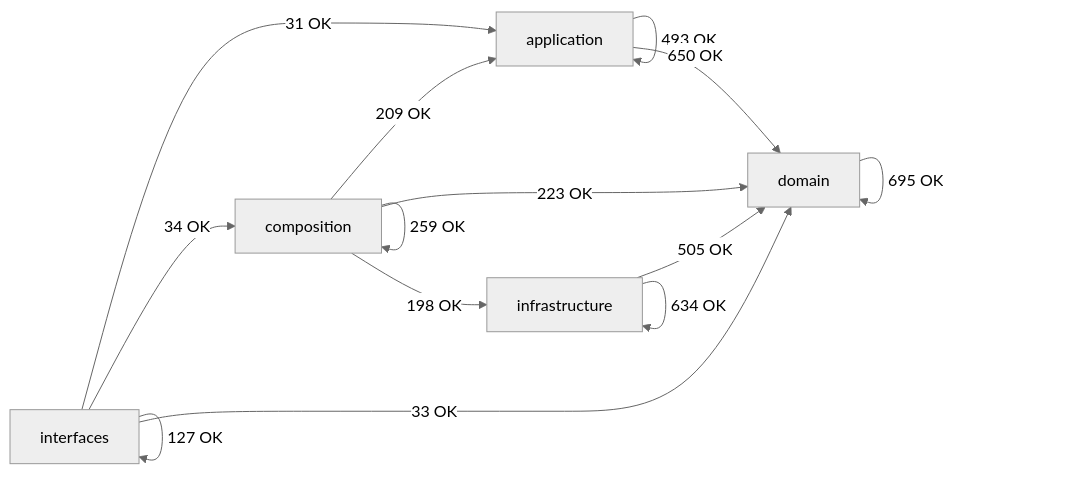
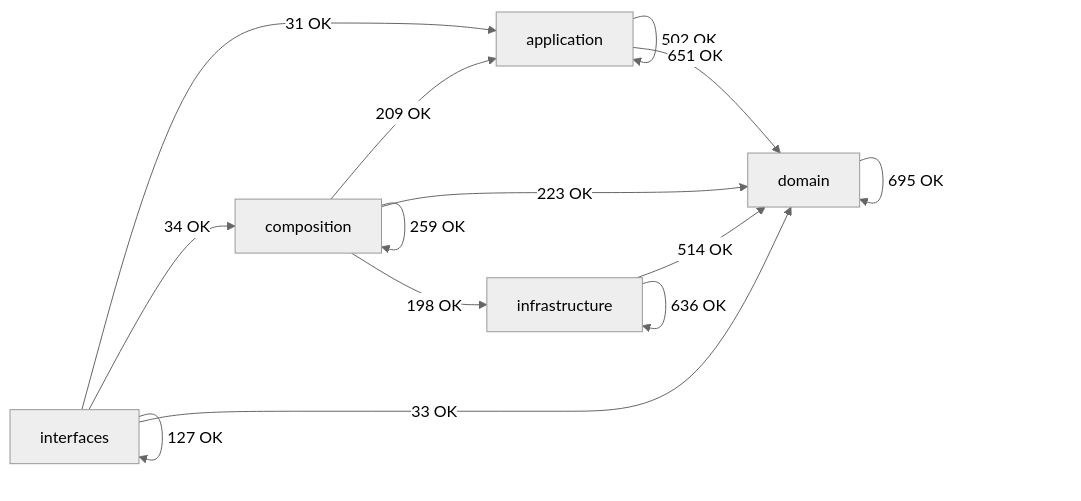
The diagram in docs/02-architecture/generated/module-dependency-map.md (SatoryKono/BioactivityDataAcquisition), drawn with Mermaid (neutral theme) before and after one commit. The commit also changed other lines of this file and 8 other files, not shown here.

First line of the commit message:
Refactor silver schema-drift logic and update tests/docs

````diff
--- a/docs/02-architecture/generated/module-dependency-map.md
+++ b/docs/02-architecture/generated/module-dependency-map.md
@@ -16,21 +16,21 @@
 ```mermaid
 flowchart LR
     domain[domain]
     application[application]
     infrastructure[infrastructure]
     composition[composition]
     interfaces[interfaces]
-    application -->|493 OK| application
-    application -->|650 OK| domain
+    application -->|502 OK| application
+    application -->|651 OK| domain
     composition -->|209 OK| application
     composition -->|259 OK| composition
     composition -->|223 OK| domain
     composition -->|198 OK| infrastructure
     domain -->|695 OK| domain
-    infrastructure -->|505 OK| domain
-    infrastructure -->|634 OK| infrastructure
+    infrastructure -->|514 OK| domain
+    infrastructure -->|636 OK| infrastructure
     interfaces -->|31 OK| application
     interfaces -->|34 OK| composition
     interfaces -->|33 OK| domain
     interfaces -->|127 OK| interfaces
 ```
````
